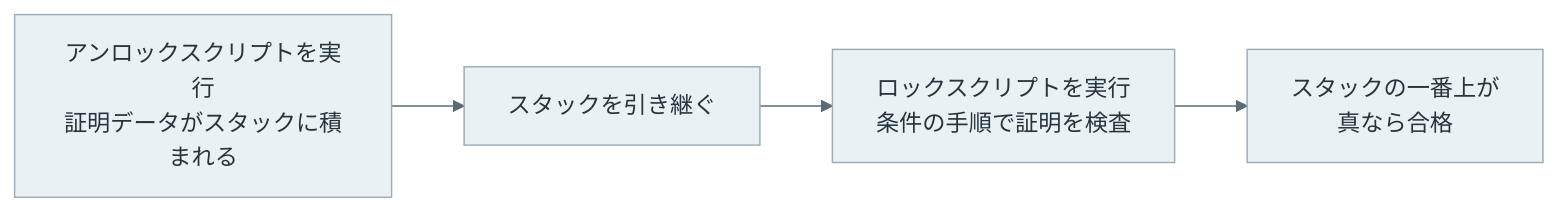
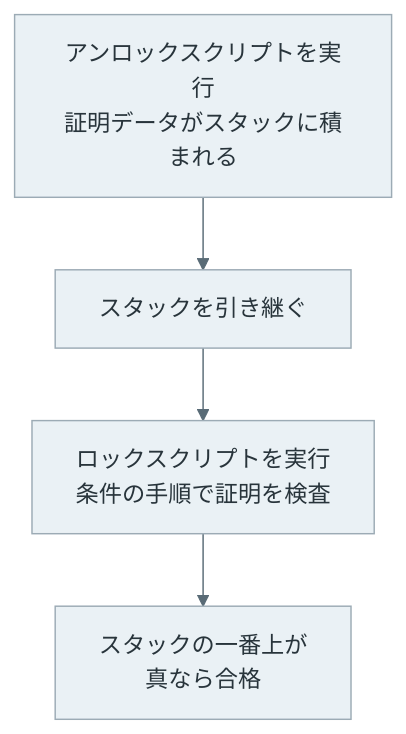
One commit to nao1215/debimate changed the second of 4 diagrams in content/notes/blockchain-systems/bitcoin-script/index.md. Above: the diagram before and after it, drawn with Mermaid. The commit also changed other lines of this file and 101 other files, not shown here.

Commit message:
feat(notes): add blockchain labs and improve technical diagrams

````diff
--- a/content/notes/blockchain-systems/bitcoin-script/index.md
+++ b/content/notes/blockchain-systems/bitcoin-script/index.md
@@ -73,8 +71,8 @@
 ```mermaid
 %%{init: {"theme":"base","themeVariables":{"primaryColor":"#eaf1f5","primaryTextColor":"#28343b","primaryBorderColor":"#9cabb5","lineColor":"#596b76","textColor":"#28343b","actorBkg":"#eaf1f5","actorBorder":"#9cabb5","actorTextColor":"#28343b","actorLineColor":"#9cabb5","signalColor":"#596b76","signalTextColor":"#28343b","noteBkgColor":"#f7f1e5","noteBorderColor":"#c5b99b","noteTextColor":"#403c32","activationBkgColor":"#edf3ef","activationBorderColor":"#9aafa1"}}}%%
-flowchart LR
+flowchart TD
     A["アンロックスクリプトを実行<br/>証明データがスタックに積まれる"] --> B["スタックを引き継ぐ"]
     B --> C["ロックスクリプトを実行<br/>条件の手順で証明を検査"]
     C --> D["スタックの一番上が<br/>真なら合格"]
     classDef default fill:#eaf1f5,stroke:#9cabb5,color:#28343b;
 ```
````
